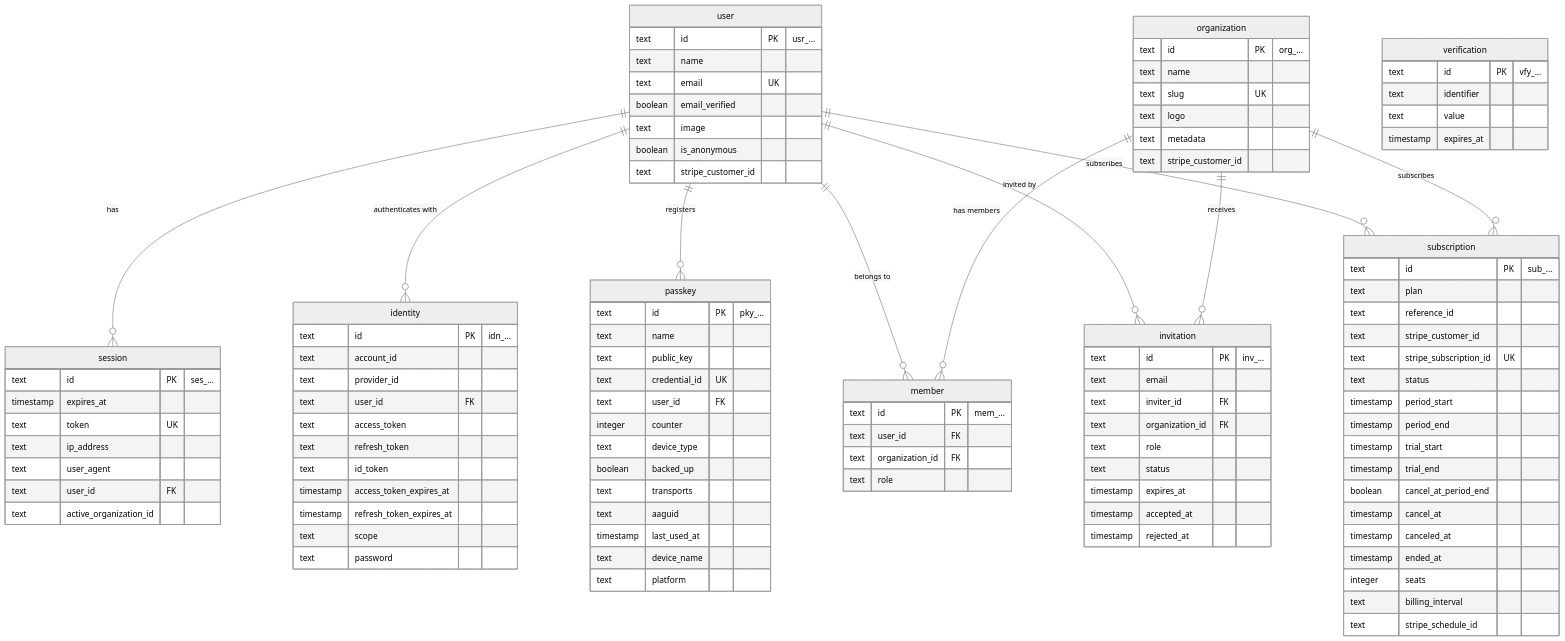
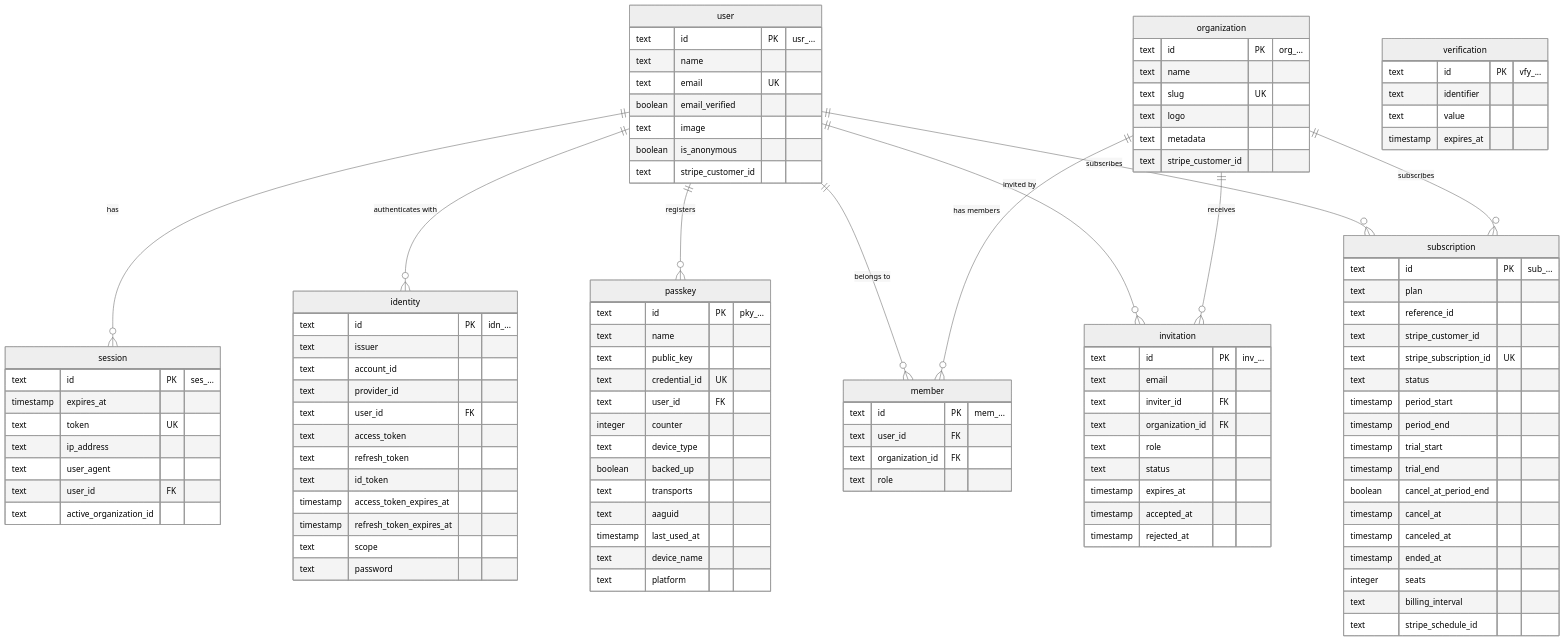
One commit to kriasoft/react-starter-kit changed the diagram in docs/database/schema.md. Above: the diagram before and after it, drawn with Mermaid (neutral theme). The commit also changed other lines of this file and 37 other files, not shown here.

```diff
--- a/docs/database/schema.md
+++ b/docs/database/schema.md
@@ -66,6 +66,7 @@
 
     identity {
         text id PK "idn_..."
+        text issuer
         text account_id
         text provider_id
         text user_id FK
```
